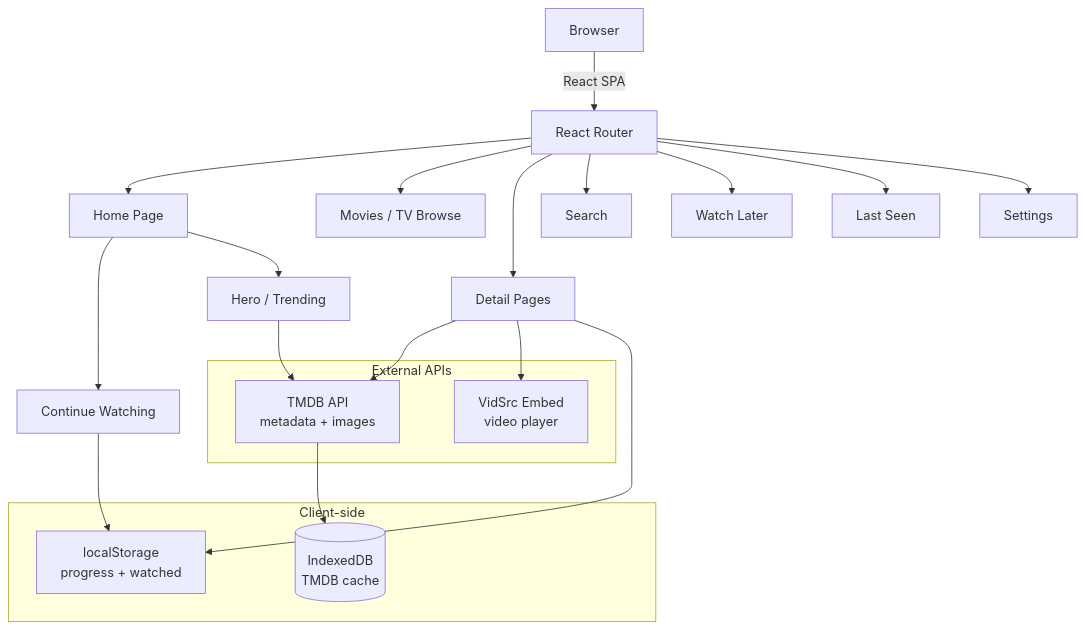
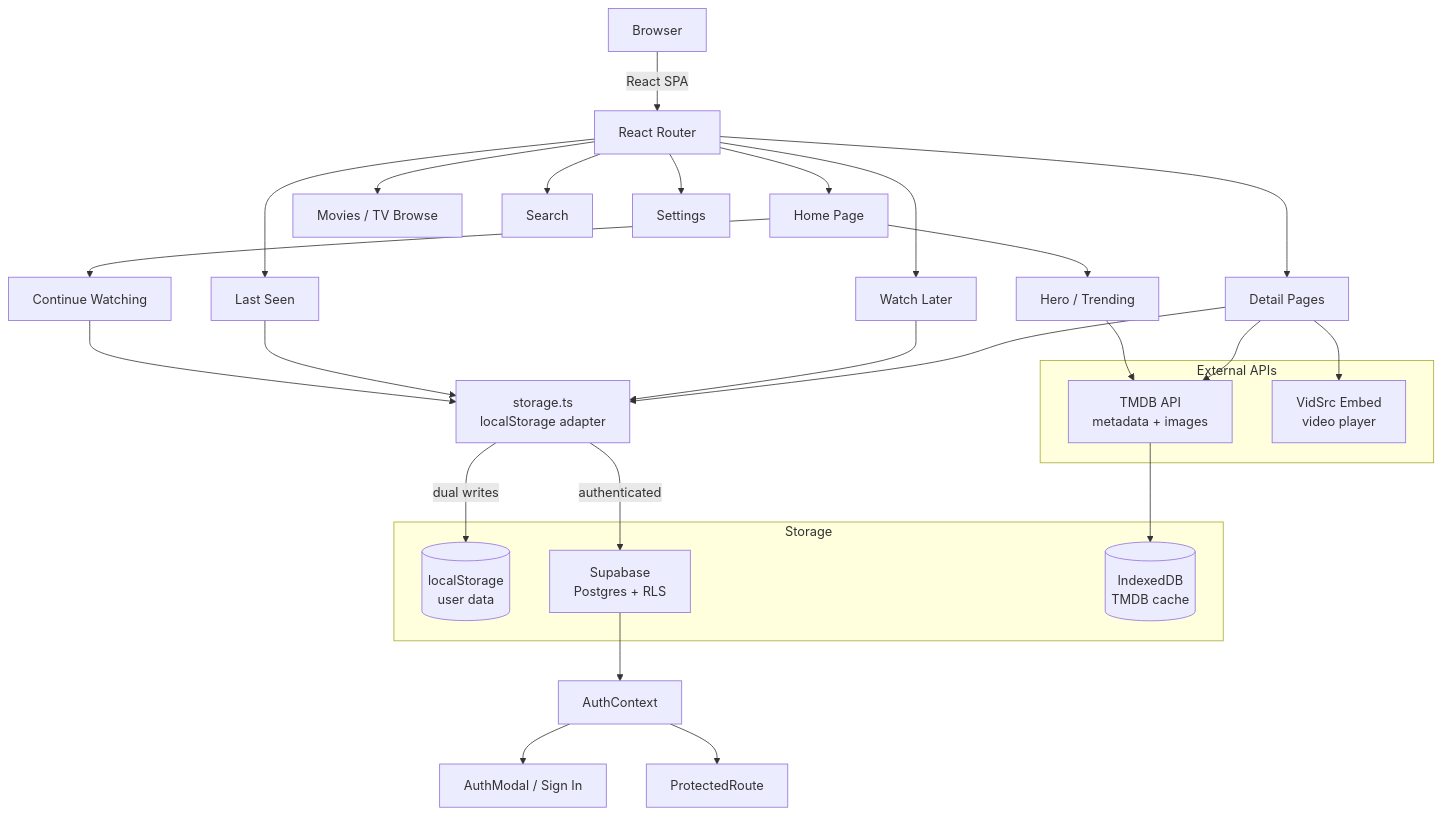
Before and after one commit to AdeiTamayo/StreamingPlatform: the diagram in README.md, drawn with Mermaid. The commit also changed other lines of this file, not shown here.

Commit message:
docs: document Supabase sync, auth UX, and release calendar

````diff
--- a/README.md
+++ b/README.md
@@ -36,33 +36,44 @@
 ```mermaid
 flowchart TD
     A[Browser] -->|React SPA| B[React Router]
     B --> C[Home Page]
     B --> D[Movies / TV Browse]
     B --> E[Detail Pages]
     B --> F[Search]
     B --> G[Watch Later]
     B --> H[Last Seen]
     B --> I[Settings]
 
     E --> J[TMDB API<br>metadata + images]
     E --> K[VidSrc Embed<br>video player]
-    E --> L[localStorage<br>progress + watched]
+    E --> L[storage.ts<br>localStorage adapter]
 
-    C --> M[Continue Watching]
-    C --> N[Hero / Trending]
+    G --> L
+    H --> L
 
-    M --> L
-    N --> J
+    L -->|dual writes| M[(localStorage<br>user data)]
+    L -->|authenticated| N[Supabase<br>Postgres + RLS]
+
+    N --> P[AuthContext]
+    P --> Q[AuthModal / Sign In]
+    P --> R[ProtectedRoute]
+
+    C --> S[Continue Watching]
+    C --> T[Hero / Trending]
+
+    S --> L
+    T --> J
 
     subgraph TMDB [External APIs]
         J
         K
     end
 
-    subgraph Storage [Client-side]
-        L
+    subgraph Storage [Storage]
+        M
+        N
         DB[(IndexedDB<br>TMDB cache)]
     end
 
     J --> DB
 ```
````
